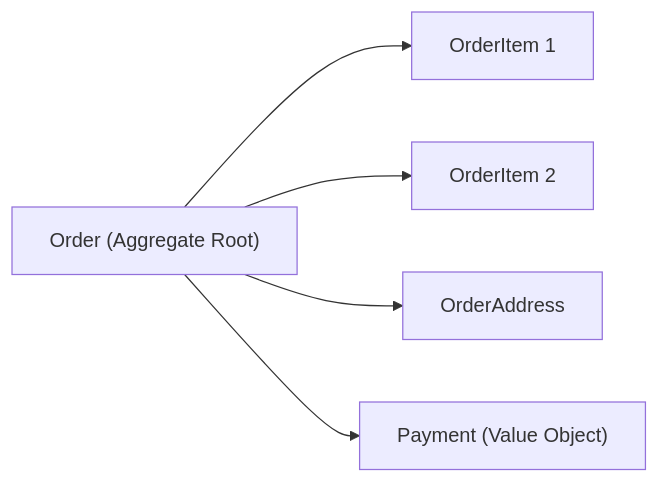
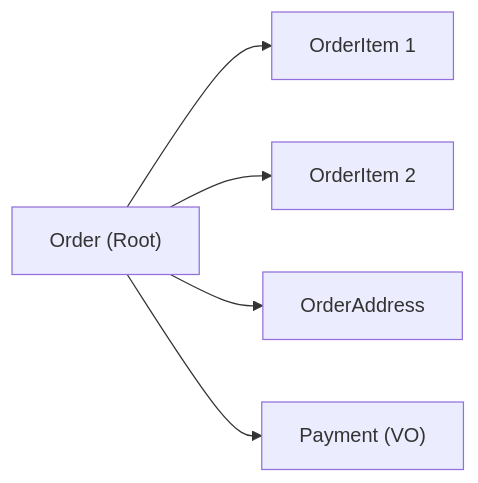
Before and after one commit to yjkim2015/yjkim2015.github.io: the second of 7 diagrams in _posts/architecture/2026-05-12-ddd-hexagonal-deep-dive.md, drawn with Mermaid. The commit also changed other lines of this file and 245 other files, not shown here.

First line of the commit message:
Mermaid 다이어그램 전면 수정 + 면접 포인트 접기/펼치기 + DB 데드락 페이지

````diff
--- a/_posts/architecture/2026-05-12-ddd-hexagonal-deep-dive.md
+++ b/_posts/architecture/2026-05-12-ddd-hexagonal-deep-dive.md
@@ -69,8 +69,8 @@
 ```mermaid
 graph LR
-    AR["Order (Aggregate Root)"]
+    AR["Order (Root)"]
     AR --> OI1["OrderItem 1"]
     AR --> OI2["OrderItem 2"]
     AR --> OA["OrderAddress"]
-    AR --> OP["Payment (Value Object)"]
+    AR --> OP["Payment (VO)"]
 ```
````
